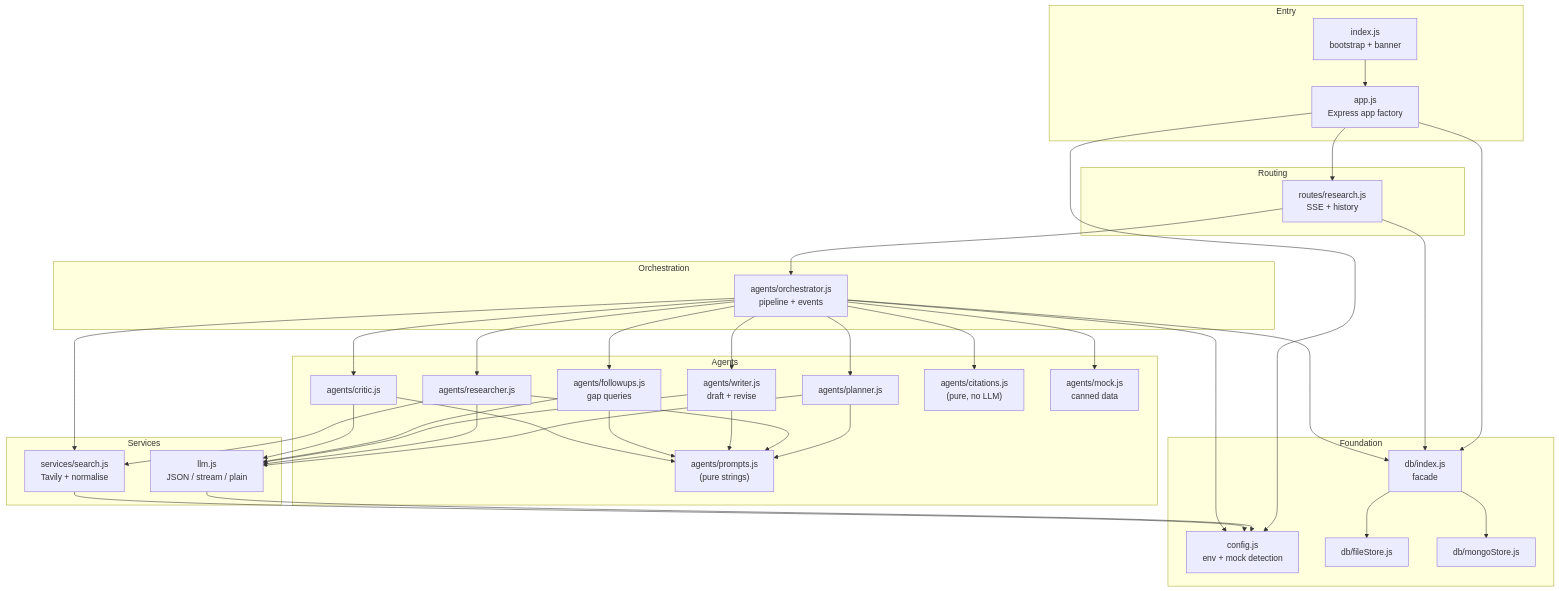
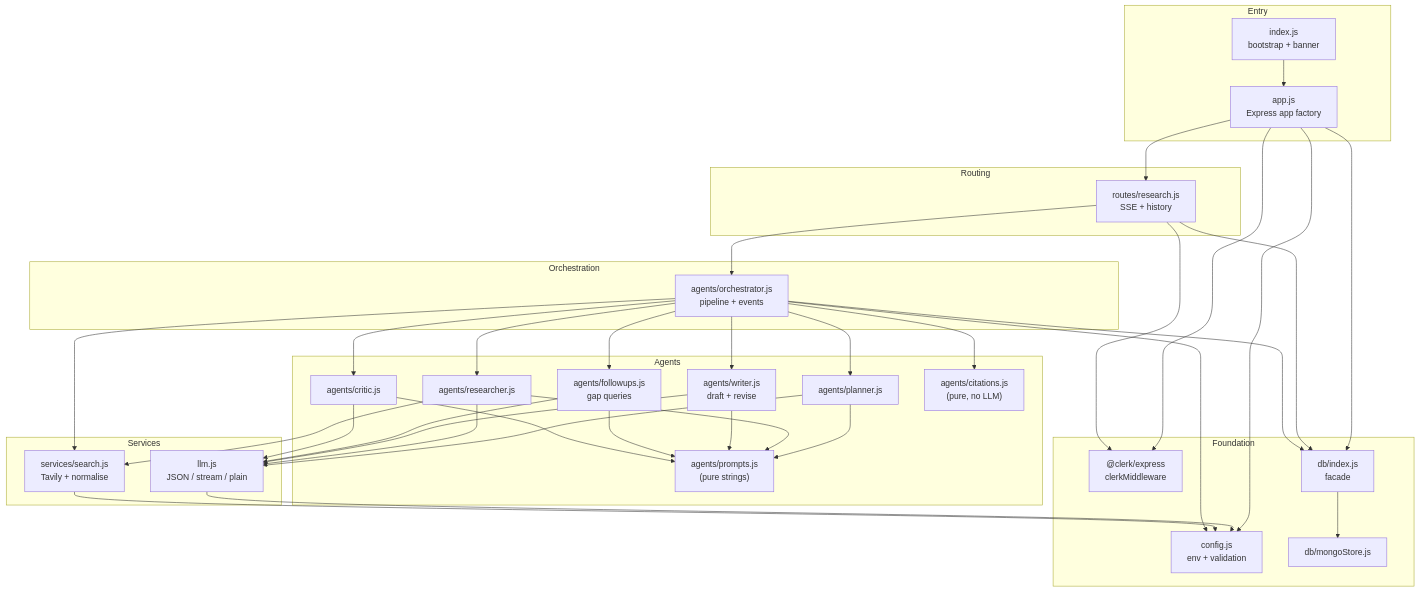
One commit to AlphaBeast97/deep-research-ai-platform changed the second of 16 diagrams in docs/ARCHITECTURE.md. Above: the diagram before and after it, drawn with Mermaid. The commit also changed other lines of this file and 23 other files, not shown here.

First line of the commit message:
feat: add Clerk auth, make MongoDB the only store, delete mock mode

````diff
--- a/docs/ARCHITECTURE.md
+++ b/docs/ARCHITECTURE.md
@@ -199,60 +192,60 @@
 ```mermaid
 flowchart TD
     subgraph Entry
         IDX["index.js<br/>bootstrap + banner"]
         APP["app.js<br/>Express app factory"]
     end
     subgraph Routing
         ROUTES["routes/research.js<br/>SSE + history"]
     end
     subgraph Orchestration
         ORCH["agents/orchestrator.js<br/>pipeline + events"]
     end
     subgraph Agents
         PLAN["agents/planner.js"]
         RES["agents/researcher.js"]
         WRITE["agents/writer.js<br/>draft + revise"]
         FOLLOW["agents/followups.js<br/>gap queries"]
         CRIT["agents/critic.js"]
         CITE["agents/citations.js<br/>(pure, no LLM)"]
         PROMPT["agents/prompts.js<br/>(pure strings)"]
-        MOCK["agents/mock.js<br/>canned data"]
     end
     subgraph Services
         LLM["llm.js<br/>JSON / stream / plain"]
         SEARCH["services/search.js<br/>Tavily + normalise"]
     end
     subgraph Foundation
-        CFG["config.js<br/>env + mock detection"]
+        CFG["config.js<br/>env + validation"]
+        AUTH["@clerk/express<br/>clerkMiddleware"]
         DB["db/index.js<br/>facade"]
-        FS["db/fileStore.js"]
         MG["db/mongoStore.js"]
     end
 
     IDX --> APP
     APP --> ROUTES
     APP --> CFG
+    APP --> AUTH
     APP --> DB
+    ROUTES --> AUTH
     ROUTES --> ORCH
     ROUTES --> DB
     ORCH --> PLAN & RES & WRITE
     ORCH --> FOLLOW & CRIT & CITE
-    ORCH --> MOCK
     ORCH --> DB
     PLAN --> LLM
     RES --> LLM
     WRITE --> LLM
     FOLLOW --> LLM
     CRIT --> LLM
     PLAN --> PROMPT
     RES --> PROMPT
     WRITE --> PROMPT
     FOLLOW --> PROMPT
     CRIT --> PROMPT
     RES --> SEARCH
     ORCH --> SEARCH
-    DB --> FS & MG
+    DB --> MG
     LLM --> CFG
     SEARCH --> CFG
     ORCH --> CFG
 ```
````
